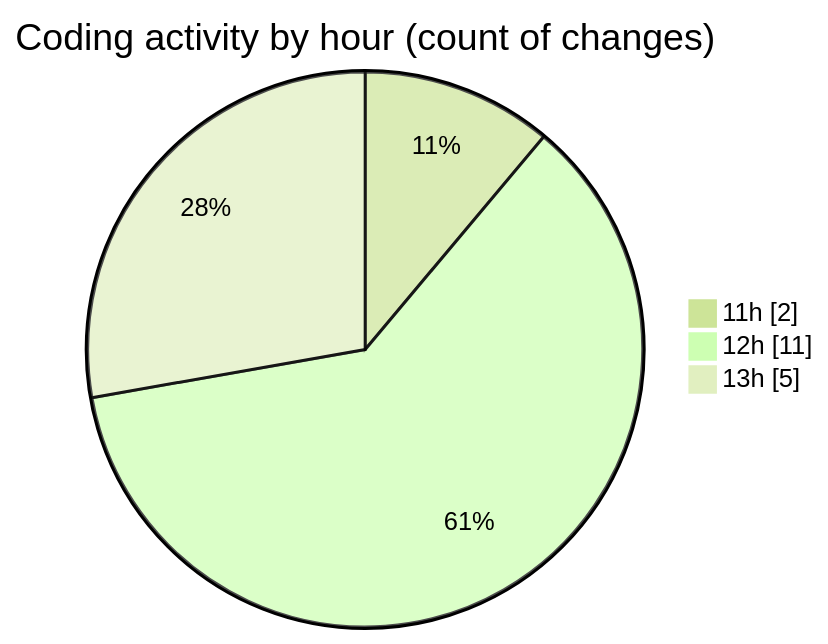
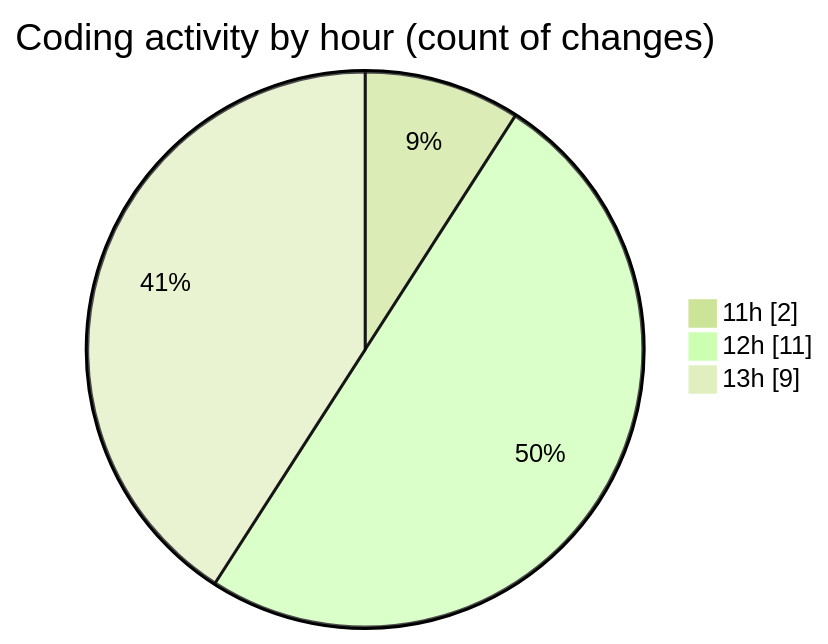
One commit to momahboobian/code-tracking changed the second of 2 diagrams in 2025-04-04/cda/README.md. Above: the diagram before and after it, drawn with Mermaid (forest theme). The commit also changed other lines of this file and 1 other file, not shown here.

````diff
--- a/2025-04-04/cda/README.md
+++ b/2025-04-04/cda/README.md
@@ -34,7 +36,7 @@
 ```mermaid
 pie showData
 title Coding activity by hour (count of changes)
 "11h" : 2
 "12h" : 11
-"13h" : 5
+"13h" : 9
 ```
````
